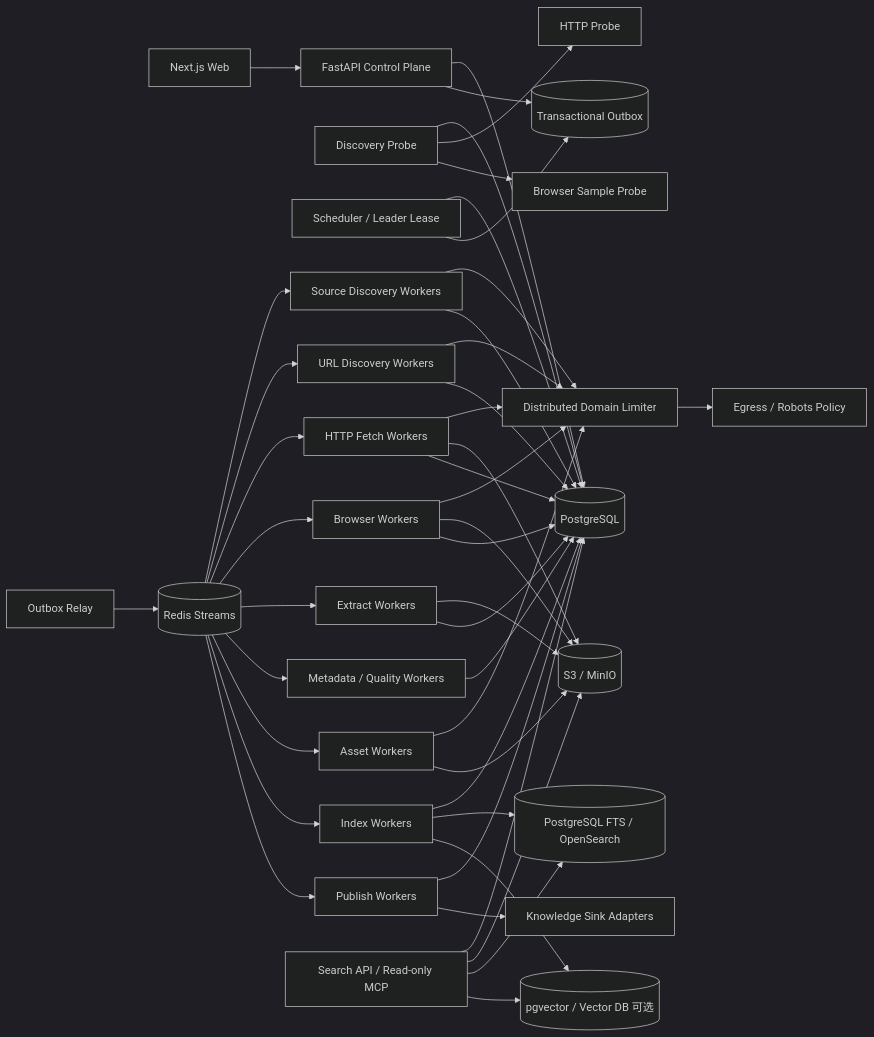
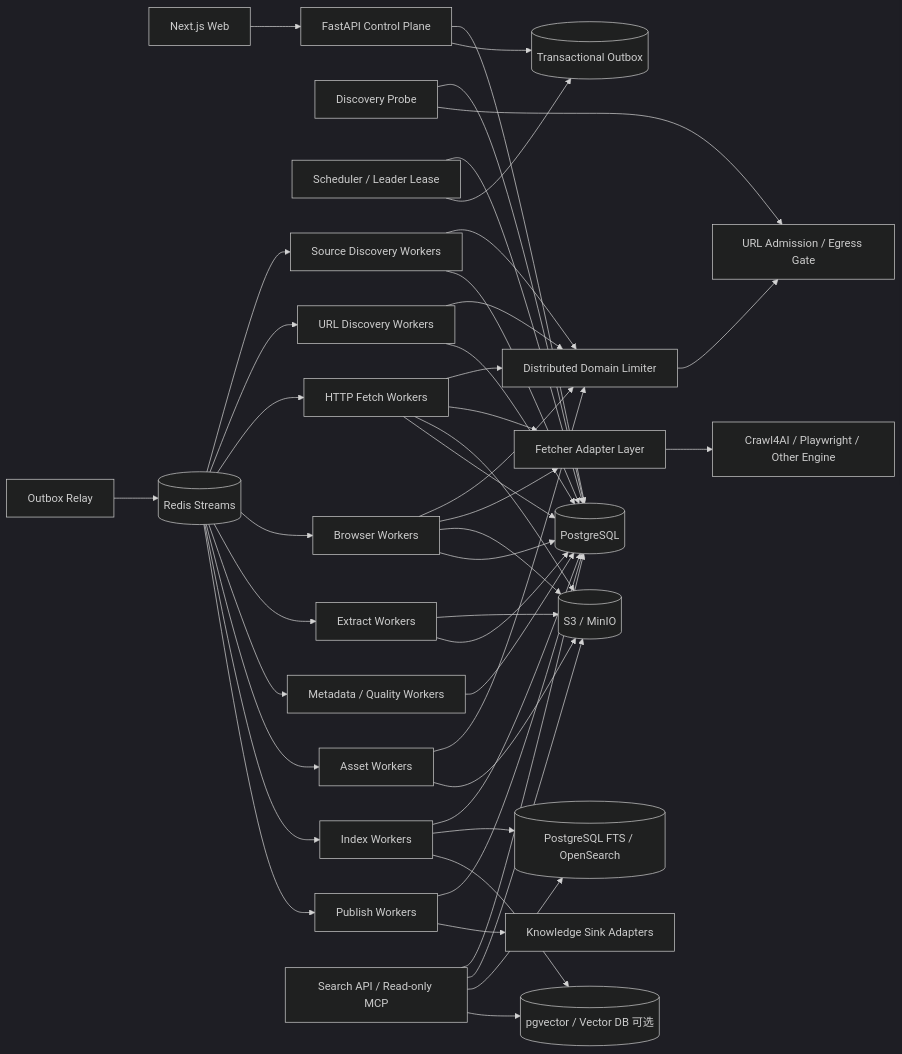
One commit to WorkerXu/my-doc changed the diagram in 博客知识库技术方案.md. Above: the diagram before and after it, drawn with Mermaid (dark theme). The commit also changed other lines of this file, not shown here.

````diff
--- a/博客知识库技术方案.md
+++ b/博客知识库技术方案.md
@@ -73,55 +84,58 @@
 ```mermaid
 flowchart LR
     UI[Next.js Web] --> API[FastAPI Control Plane]
     API --> PG[(PostgreSQL)]
     API --> OUT[(Transactional Outbox)]
 
     PROBE[Discovery Probe] --> PG
-    PROBE --> HTTP[HTTP Probe]
-    PROBE --> BPROBE[Browser Sample Probe]
+    PROBE --> GATE[URL Admission / Egress Gate]
 
     SCHED[Scheduler / Leader Lease] --> PG
     SCHED --> OUT
     RELAY[Outbox Relay] --> Q[(Redis Streams)]
 
     Q --> SD[Source Discovery Workers]
     Q --> UD[URL Discovery Workers]
     Q --> HF[HTTP Fetch Workers]
     Q --> BF[Browser Workers]
     Q --> EX[Extract Workers]
     Q --> MQ[Metadata / Quality Workers]
     Q --> AS[Asset Workers]
     Q --> IX[Index Workers]
     Q --> PW[Publish Workers]
 
     SD --> LIM[Distributed Domain Limiter]
     UD --> LIM
     HF --> LIM
     BF --> LIM
     AS --> LIM
-    LIM --> EG[Egress / Robots Policy]
+    LIM --> GATE
+
+    HF --> ADP[Fetcher Adapter Layer]
+    BF --> ADP
+    ADP --> ENG[Crawl4AI / Playwright / Other Engine]
 
     HF --> OBJ[(S3 / MinIO)]
     BF --> OBJ
     EX --> OBJ
     AS --> OBJ
 
     SD --> PG
     UD --> PG
     HF --> PG
     BF --> PG
     EX --> PG
     MQ --> PG
     IX --> PG
     PW --> PG
 
     IX --> LEX[(PostgreSQL FTS / OpenSearch)]
     IX --> VEC[(pgvector / Vector DB 可选)]
 
     SEARCH[Search API / Read-only MCP] --> PG
     SEARCH --> OBJ
     SEARCH --> LEX
     SEARCH --> VEC
 
     PW --> SINK[Knowledge Sink Adapters]
 ```
````
